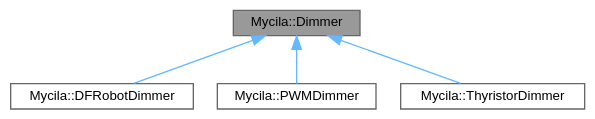
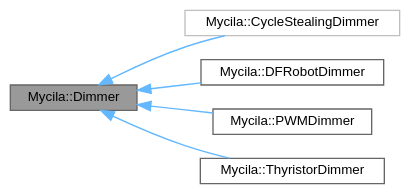
Before and after one commit to mathieucarbou/MycilaDimmer: the diagram in docs/api/class_mycila_1_1_dimmer__inherit__graph.dot, drawn with Graphviz. The commit also changed 50 other files, not shown here.

Commit message:
Cycle Stealing Dimmer

```diff
--- a/docs/api/class_mycila_1_1_dimmer__inherit__graph.dot
+++ b/docs/api/class_mycila_1_1_dimmer__inherit__graph.dot
@@ -1,14 +1,17 @@
 digraph "Mycila::Dimmer"
 {
  // LATEX_PDF_SIZE
   bgcolor="transparent";
   edge [fontname=Helvetica,fontsize=10,labelfontname=Helvetica,labelfontsize=10];
   node [fontname=Helvetica,fontsize=10,shape=box,height=0.2,width=0.4];
+  rankdir="LR";
   Node1 [id="Node000001",label="Mycila::Dimmer",height=0.2,width=0.4,color="gray40", fillcolor="grey60", style="filled", fontcolor="black",tooltip=" "];
   Node1 -> Node2 [id="edge1_Node000001_Node000002",dir="back",color="steelblue1",style="solid",tooltip=" "];
-  Node2 [id="Node000002",label="Mycila::DFRobotDimmer",height=0.2,width=0.4,color="gray40", fillcolor="white", style="filled",URL="$class_mycila_1_1_d_f_robot_dimmer.html",tooltip="DFRobot DFR1071/DFR1073/DFR0971 I2C controlled 0-10V/0-5V dimmer implementation for voltage regulator..."];
+  Node2 [id="Node000002",label="Mycila::CycleStealingDimmer",height=0.2,width=0.4,color="grey75", fillcolor="white", style="filled",URL="$class_mycila_1_1_cycle_stealing_dimmer.html",tooltip=" "];
   Node1 -> Node3 [id="edge2_Node000001_Node000003",dir="back",color="steelblue1",style="solid",tooltip=" "];
-  Node3 [id="Node000003",label="Mycila::PWMDimmer",height=0.2,width=0.4,color="gray40", fillcolor="white", style="filled",URL="$class_mycila_1_1_p_w_m_dimmer.html",tooltip="PWM based dimmer implementation for voltage regulators controlled by a PWM signal to 0-10V analog con..."];
+  Node3 [id="Node000003",label="Mycila::DFRobotDimmer",height=0.2,width=0.4,color="gray40", fillcolor="white", style="filled",URL="$class_mycila_1_1_d_f_robot_dimmer.html",tooltip="DFRobot DFR1071/DFR1073/DFR0971 I2C controlled 0-10V/0-5V dimmer implementation for voltage regulator..."];
   Node1 -> Node4 [id="edge3_Node000001_Node000004",dir="back",color="steelblue1",style="solid",tooltip=" "];
-  Node4 [id="Node000004",label="Mycila::ThyristorDimmer",height=0.2,width=0.4,color="gray40", fillcolor="white", style="filled",URL="$class_mycila_1_1_thyristor_dimmer.html",tooltip="Thyristor (TRIAC) based dimmer implementation for TRIAC and Random SSR dimmers."];
+  Node4 [id="Node000004",label="Mycila::PWMDimmer",height=0.2,width=0.4,color="gray40", fillcolor="white", style="filled",URL="$class_mycila_1_1_p_w_m_dimmer.html",tooltip="PWM based dimmer implementation for voltage regulators controlled by a PWM signal to 0-10V analog con..."];
+  Node1 -> Node5 [id="edge4_Node000001_Node000005",dir="back",color="steelblue1",style="solid",tooltip=" "];
+  Node5 [id="Node000005",label="Mycila::ThyristorDimmer",height=0.2,width=0.4,color="gray40", fillcolor="white", style="filled",URL="$class_mycila_1_1_thyristor_dimmer.html",tooltip="Thyristor (TRIAC) based dimmer implementation for TRIAC and Random SSR dimmers."];
 }
```
